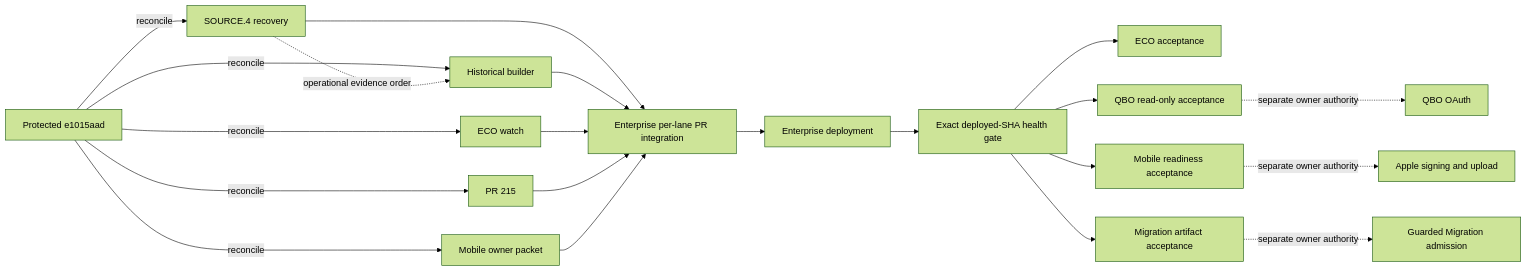
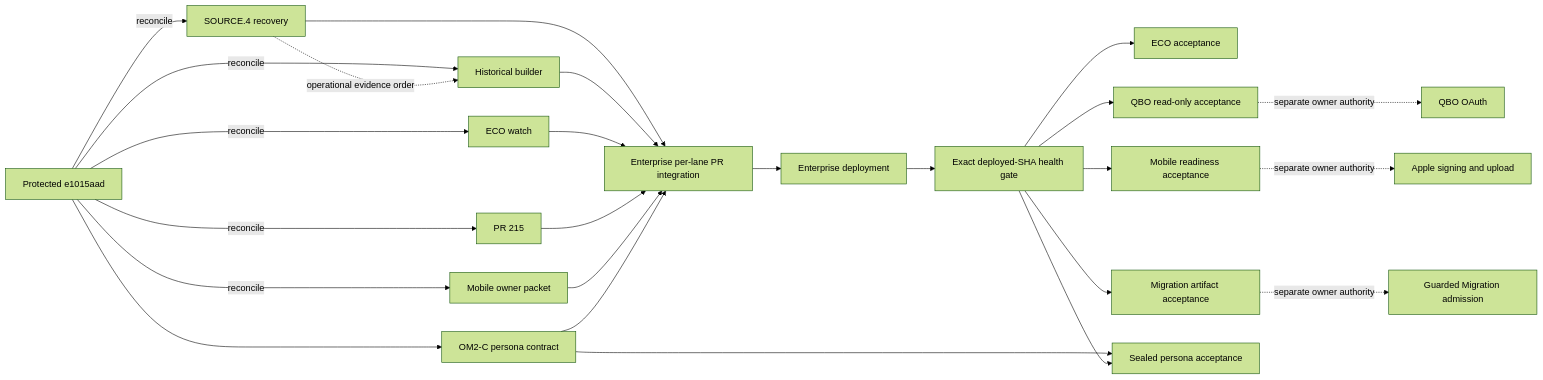
Before and after one commit to ACPEnterprise/ACP-Enterprise: the diagram in docs/operations/launch-20260911/om1-enterprise-integration-queue-current.md, drawn with Mermaid (forest theme). The commit also changed other lines of this file, not shown here.

Commit message:
docs(enterprise): qualify OM2-C persona contract successor

````diff
--- a/docs/operations/launch-20260911/om1-enterprise-integration-queue-current.md
+++ b/docs/operations/launch-20260911/om1-enterprise-integration-queue-current.md
@@ -97,23 +100,27 @@
 ```mermaid
 flowchart LR
     A[Protected e1015aad] -->|reconcile| R[SOURCE.4 recovery]
+    A --> C[OM2-C persona contract]
     A -->|reconcile| B[Historical builder]
     A -->|reconcile| E[ECO watch]
     A -->|reconcile| P[PR 215]
     A -->|reconcile| M[Mobile owner packet]
     R -.->|operational evidence order| B
     R --> I[Enterprise per-lane PR integration]
     B --> I
     E --> I
     P --> I
     M --> I
+    C --> I
     I --> D[Enterprise deployment]
     D --> H[Exact deployed-SHA health gate]
     H --> EA[ECO acceptance]
     H --> QA[QBO read-only acceptance]
     H --> MA[Mobile readiness acceptance]
     H --> XA[Migration artifact acceptance]
+    C --> PA[Sealed persona acceptance]
+    H --> PA
     XA -.->|separate owner authority| MG[Guarded Migration admission]
     QA -.->|separate owner authority| QG[QBO OAuth]
     MA -.->|separate owner authority| AG[Apple signing and upload]
 ```
````
